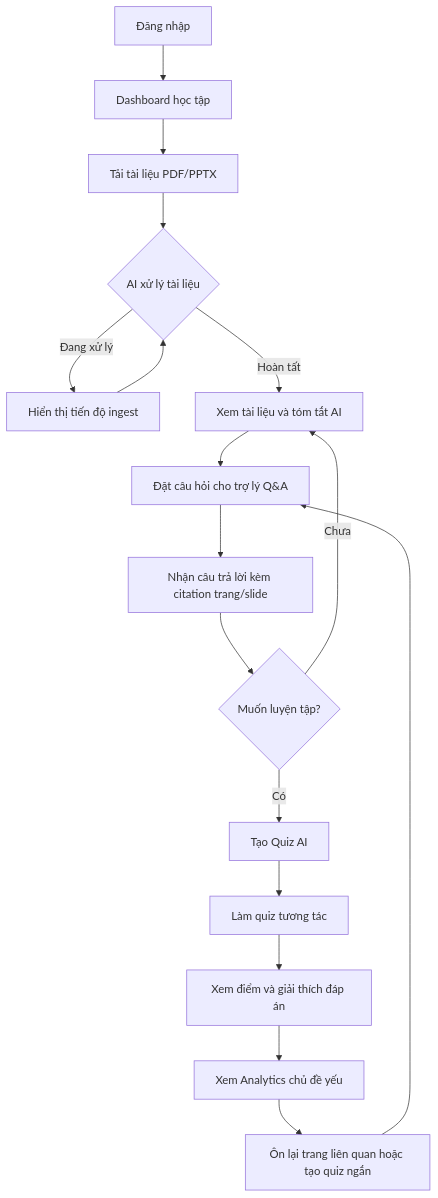
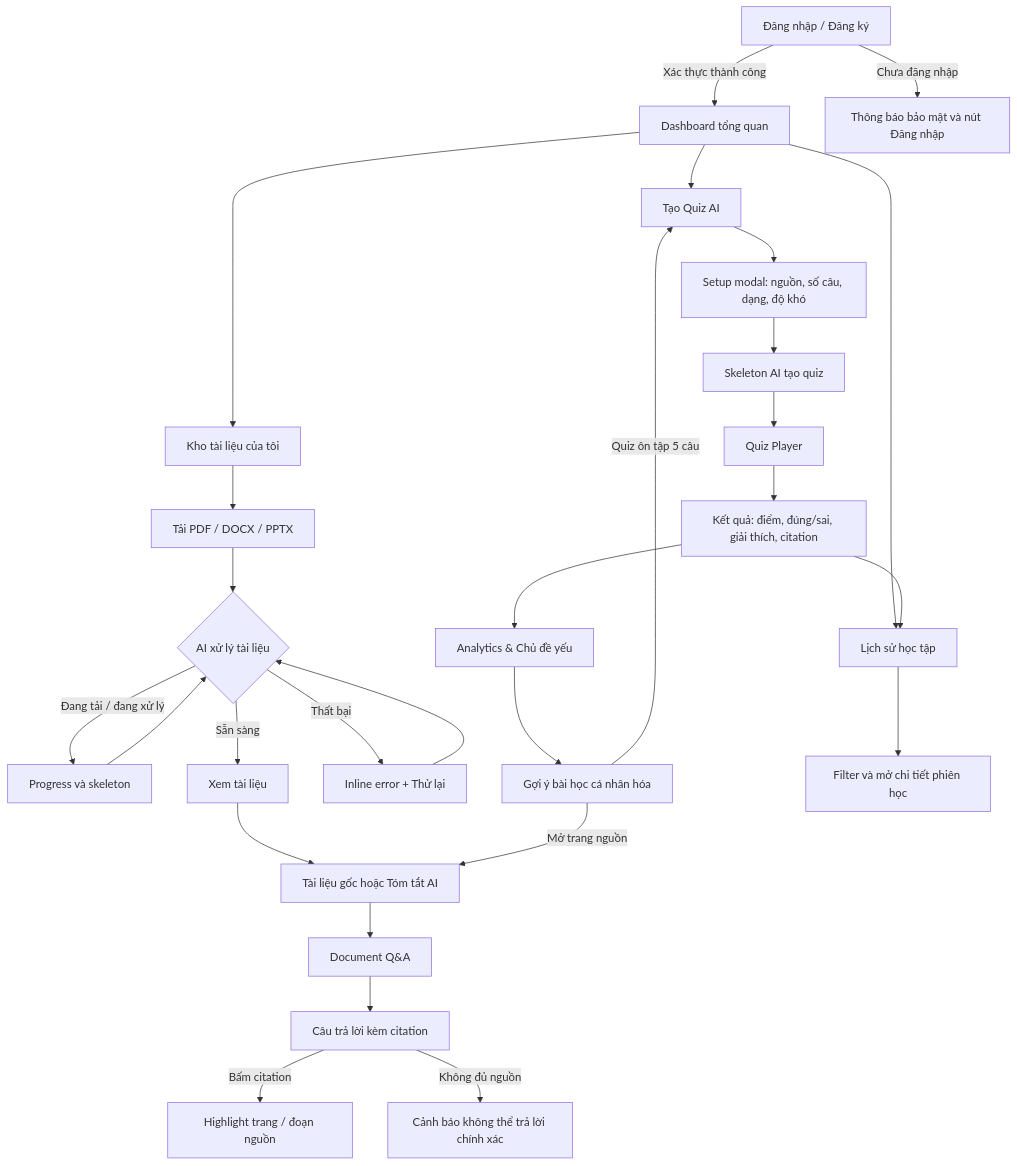
The diagram in chapter-04-ai-for-product-design/design/user-flow.mmd (duyenntm23it-byte/NoteWise), drawn with Mermaid before and after one commit. The commit also changed 12 other files, not shown here.

```diff
--- a/chapter-04-ai-for-product-design/design/user-flow.mmd
+++ b/chapter-04-ai-for-product-design/design/user-flow.mmd
@@ -1,17 +1,28 @@
 flowchart TD
-    A[Đăng nhập] --> B[Dashboard học tập]
-    B --> C[Tải tài liệu PDF/PPTX]
-    C --> D{AI xử lý tài liệu}
-    D -->|Đang xử lý| E[Hiển thị tiến độ ingest]
-    E --> D
-    D -->|Hoàn tất| F[Xem tài liệu và tóm tắt AI]
-    F --> G[Đặt câu hỏi cho trợ lý Q&A]
-    G --> H[Nhận câu trả lời kèm citation trang/slide]
-    H --> I{Muốn luyện tập?}
-    I -->|Chưa| F
-    I -->|Có| J[Tạo Quiz AI]
-    J --> K[Làm quiz tương tác]
-    K --> L[Xem điểm và giải thích đáp án]
-    L --> M[Xem Analytics chủ đề yếu]
-    M --> N[Ôn lại trang liên quan hoặc tạo quiz ngắn]
-    N --> G
+    A[Đăng nhập / Đăng ký] -->|Xác thực thành công| B[Dashboard tổng quan]
+    A -->|Chưa đăng nhập| A1[Thông báo bảo mật và nút Đăng nhập]
+    B --> C[Kho tài liệu của tôi]
+    C --> C1[Tải PDF / DOCX / PPTX]
+    C1 --> C2{AI xử lý tài liệu}
+    C2 -->|Đang tải / đang xử lý| C3[Progress và skeleton]
+    C3 --> C2
+    C2 -->|Sẵn sàng| D[Xem tài liệu]
+    C2 -->|Thất bại| C4[Inline error + Thử lại]
+    C4 --> C2
+    D --> E[Tài liệu gốc hoặc Tóm tắt AI]
+    E --> F[Document Q&A]
+    F --> G[Câu trả lời kèm citation]
+    G -->|Bấm citation| E1[Highlight trang / đoạn nguồn]
+    G -->|Không đủ nguồn| G1[Cảnh báo không thể trả lời chính xác]
+    B --> H[Tạo Quiz AI]
+    H --> H1[Setup modal: nguồn, số câu, dạng, độ khó]
+    H1 --> H2[Skeleton AI tạo quiz]
+    H2 --> I[Quiz Player]
+    I --> J[Kết quả: điểm, đúng/sai, giải thích, citation]
+    J --> K[Analytics & Chủ đề yếu]
+    K --> L[Gợi ý bài học cá nhân hóa]
+    L -->|Mở trang nguồn| E
+    L -->|Quiz ôn tập 5 câu| H
+    B --> M[Lịch sử học tập]
+    M --> M1[Filter và mở chi tiết phiên học]
+    J --> M
```
